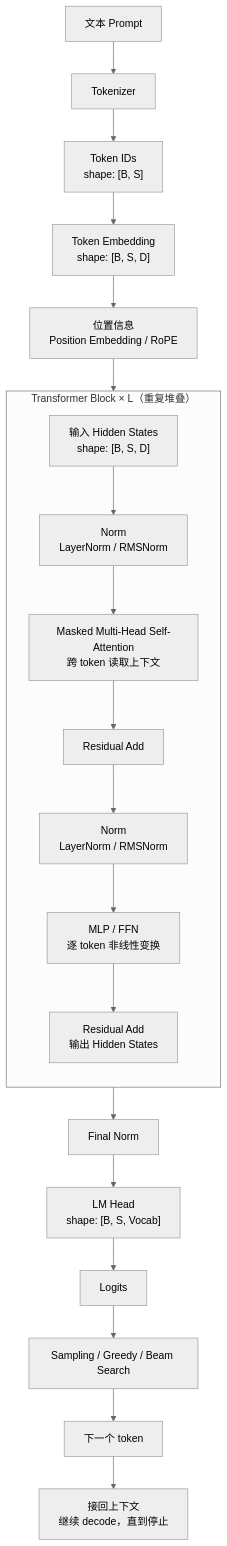
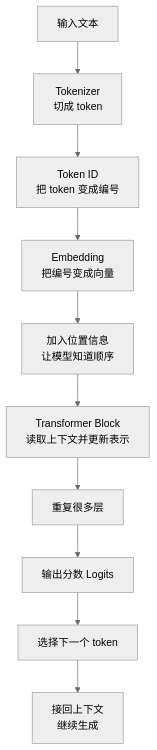
Before and after one commit to AmourSec/aikg: the diagram in docs/02-ai-workloads/transformer.md, drawn with Mermaid (neutral theme). The commit also changed other lines of this file and 14 other files, not shown here.

````diff
--- a/docs/02-ai-workloads/transformer.md
+++ b/docs/02-ai-workloads/transformer.md
@@ -62,25 +41,12 @@
 ```mermaid
 flowchart TD
-  A["文本 Prompt"] --> B["Tokenizer"]
-  B --> C["Token IDs<br/>shape: [B, S]"]
-  C --> D["Token Embedding<br/>shape: [B, S, D]"]
-  D --> E["位置信息<br/>Position Embedding / RoPE"]
-  E --> F0
-
-  subgraph BLOCK["Transformer Block × L（重复堆叠）"]
-    direction TB
-    F0["输入 Hidden States<br/>shape: [B, S, D]"] --> F1["Norm<br/>LayerNorm / RMSNorm"]
-    F1 --> F2["Masked Multi-Head Self-Attention<br/>跨 token 读取上下文"]
-    F2 --> F3["Residual Add"]
-    F3 --> F4["Norm<br/>LayerNorm / RMSNorm"]
-    F4 --> F5["MLP / FFN<br/>逐 token 非线性变换"]
-    F5 --> F6["Residual Add<br/>输出 Hidden States"]
-  end
-
-  F6 --> G["Final Norm"]
-  G --> H["LM Head<br/>shape: [B, S, Vocab]"]
-  H --> I["Logits"]
-  I --> J["Sampling / Greedy / Beam Search"]
-  J --> K["下一个 token"]
-  K --> L["接回上下文<br/>继续 decode，直到停止"]
+  A["输入文本"] --> B["Tokenizer<br/>切成 token"]
+  B --> C["Token ID<br/>把 token 变成编号"]
+  C --> D["Embedding<br/>把编号变成向量"]
+  D --> E["加入位置信息<br/>让模型知道顺序"]
+  E --> F["Transformer Block<br/>读取上下文并更新表示"]
+  F --> G["重复很多层"]
+  G --> H["输出分数 Logits"]
+  H --> I["选择下一个 token"]
+  I --> J["接回上下文<br/>继续生成"]
 ```
````
